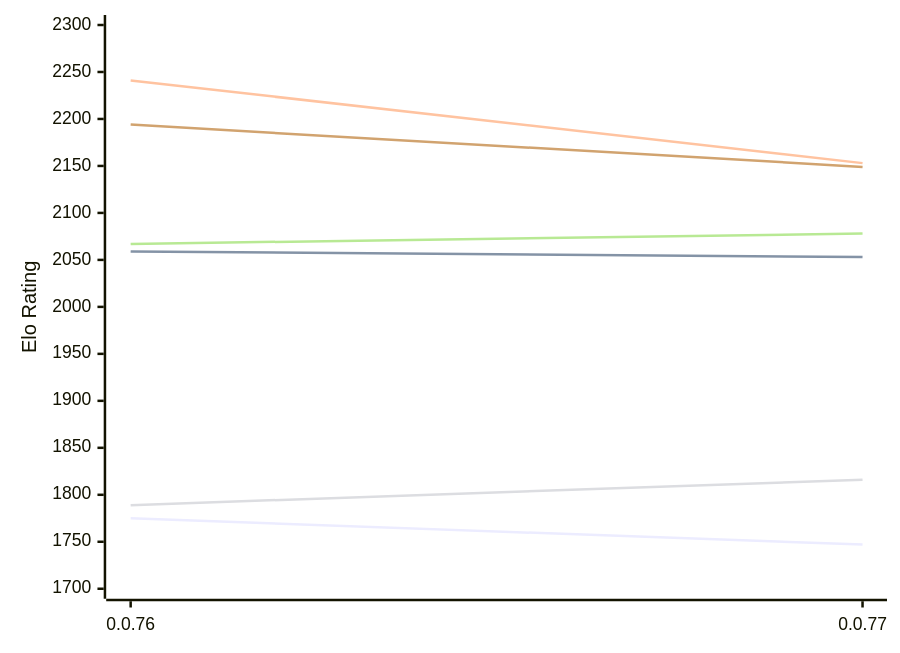
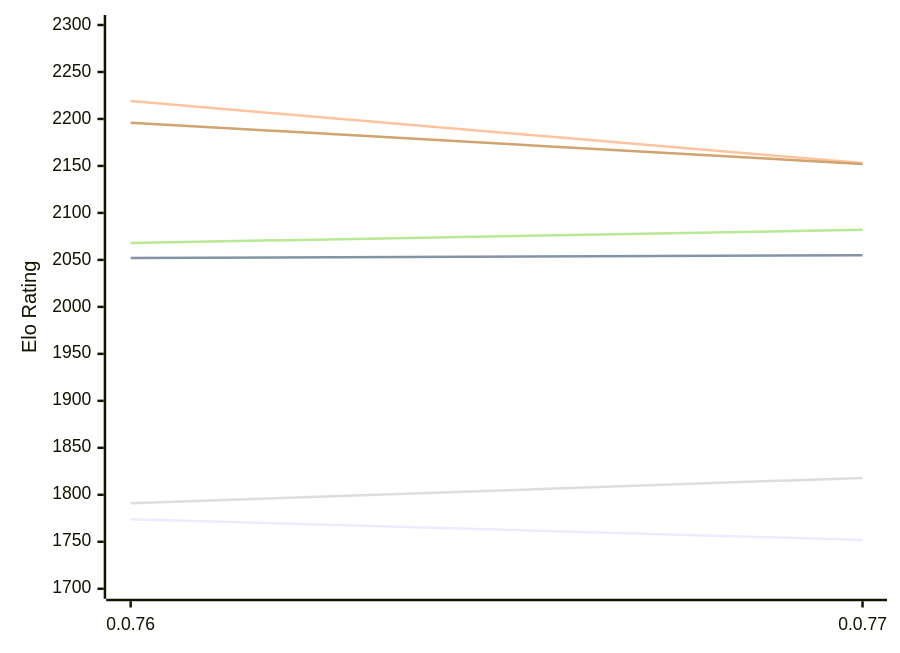
One commit to computer-chess-index/cci changed the first of 2 diagrams in engines/Fktb.md. Above: the diagram before and after it, drawn with Mermaid. The commit also changed other lines of this file, not shown here.

Commit message:
Update CCI Ratings (ELO VLTC) - 2026-11-24

````diff
--- a/engines/Fktb.md
+++ b/engines/Fktb.md
@@ -50,12 +50,12 @@
 ```mermaid
 %%{init: {"theme":"base","themeVariables":{"seriesColors:['#a3a3a3','#222221','#faa371']}}}%%
 xychart-beta
   x-axis ["0.0.76", "0.0.77"]
   y-axis "Elo Rating" 1700 --> 2300
-  line "E1: STC (8.0+0.08s)" [1775, 1747]
-  line "E1: LTC (60.0+0.60s)" [2059, 2053]
-  line "E1: VLTC (2m24s+1.12s)" [2241, 2153]
-  line "P1: STC (8.0+0.08s)" [1789, 1816]
-  line "P1: LTC (60.0+0.60s)" [2067, 2078]
-  line "P1: VLTC (2m24s+1.12s)" [2194, 2149]
+  line "E1: STC (8.0+0.08s)" [1774, 1752]
+  line "E1: LTC (60.0+0.60s)" [2052, 2055]
+  line "E1: VLTC (2m24s+1.12s)" [2219, 2153]
+  line "P1: STC (8.0+0.08s)" [1791, 1818]
+  line "P1: LTC (60.0+0.60s)" [2068, 2082]
+  line "P1: VLTC (2m24s+1.12s)" [2196, 2152]
 ```
````
